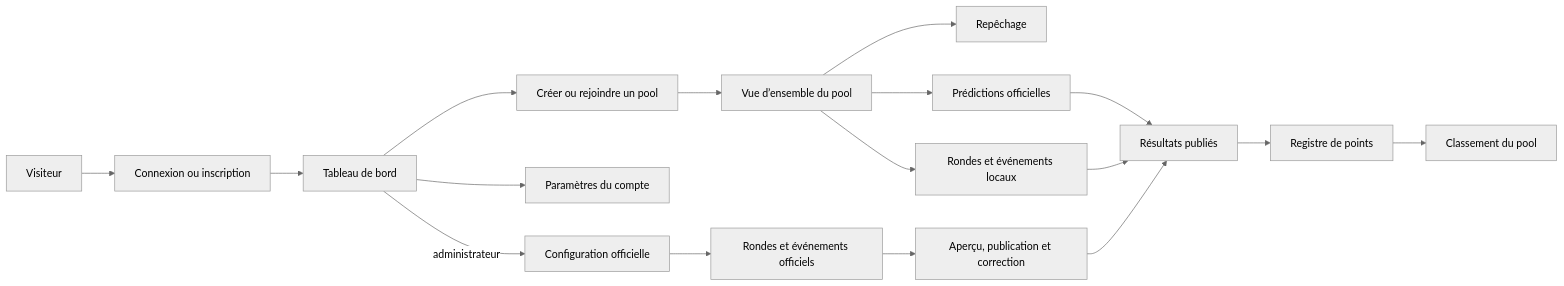
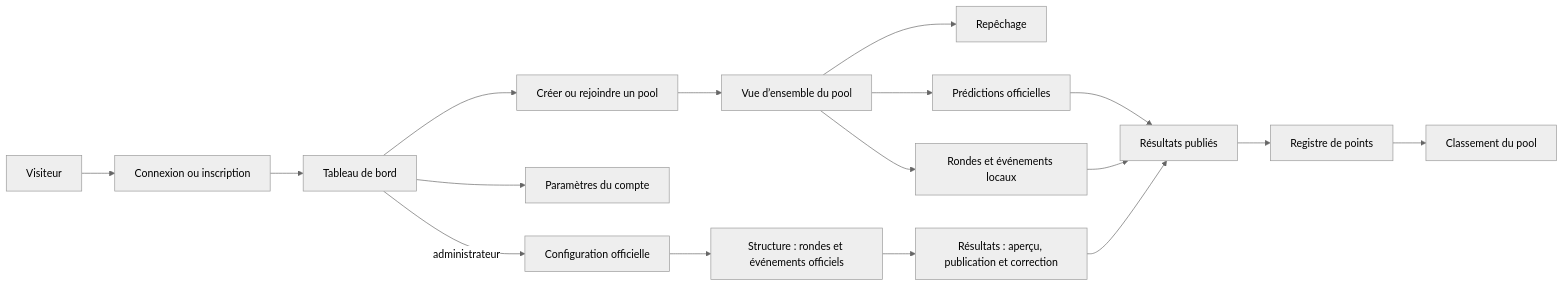
The diagram in docs/flows/README.md (fsay2604/poolbbc), drawn with Mermaid (neutral theme) before and after one commit. The commit also changed other lines of this file and 29 other files, not shown here.

````diff
--- a/docs/flows/README.md
+++ b/docs/flows/README.md
@@ -45,19 +45,19 @@
 ```mermaid
 flowchart LR
     A["Visiteur"] --> B["Connexion ou inscription"]
     B --> C["Tableau de bord"]
     C --> D["Créer ou rejoindre un pool"]
     D --> E["Vue d’ensemble du pool"]
     E --> F["Repêchage"]
     E --> G["Prédictions officielles"]
     E --> H["Rondes et événements locaux"]
     G --> I["Résultats publiés"]
     H --> I
     I --> J["Registre de points"]
     J --> K["Classement du pool"]
     C --> L["Paramètres du compte"]
     C -->|administrateur| M["Configuration officielle"]
-    M --> N["Rondes et événements officiels"]
-    N --> O["Aperçu, publication et correction"]
+    M --> N["Structure : rondes et événements officiels"]
+    N --> O["Résultats : aperçu, publication et correction"]
     O --> I
 ```
````
